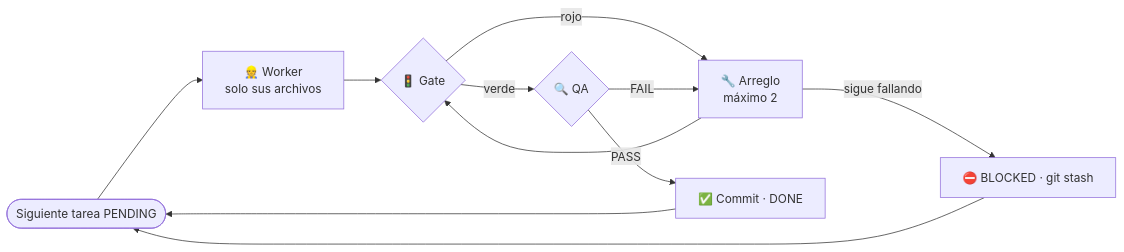
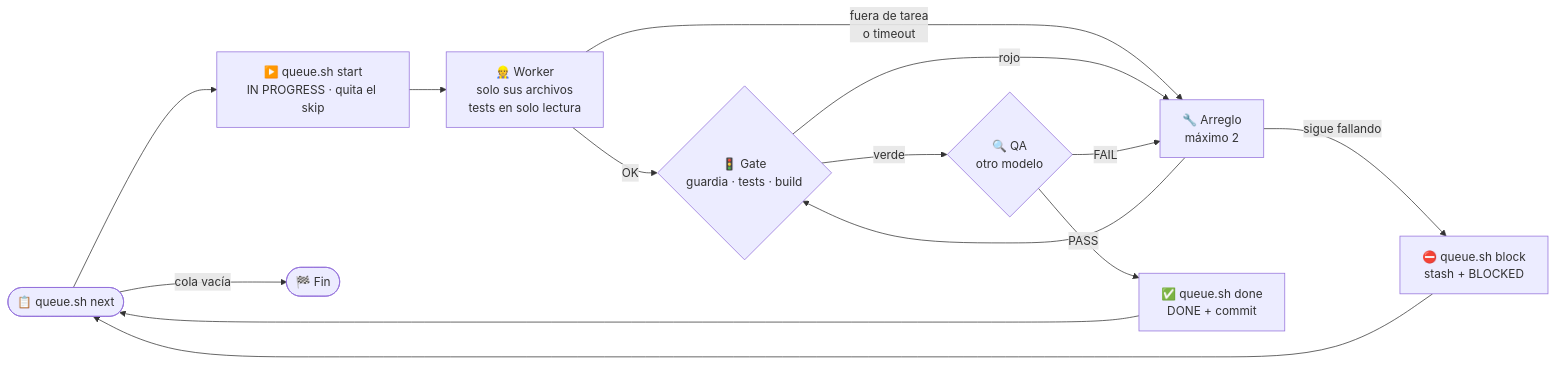
The second of 2 diagrams in README.es.md (Aresdgi/unattended-dev), drawn with Mermaid before and after one commit. The commit also changed other lines of this file and 1 other file, not shown here.

First line of the commit message:
README: per-task diagram and wording up to date with 8.4

````diff
--- a/README.es.md
+++ b/README.es.md
@@ -166,13 +168,16 @@
 ```mermaid
 flowchart LR
-  P(["Siguiente tarea PENDING"]) --> W["👷 Worker<br/>solo sus archivos"]
-  W --> G{"🚦 Gate"}
-  G -- verde --> Q{"🔍 QA"}
-  G -- rojo --> R["🔧 Arreglo<br/>máximo 2"]
+  N(["📋 queue.sh next"]) --> S["▶️ queue.sh start<br/>IN PROGRESS · quita el skip"]
+  S --> W["👷 Worker<br/>solo sus archivos<br/>tests en solo lectura"]
+  W -- OK --> G{"🚦 Gate<br/>guardia · tests · build"}
+  W -- "fuera de tarea<br/>o timeout" --> R["🔧 Arreglo<br/>máximo 2"]
+  G -- verde --> Q{"🔍 QA<br/>otro modelo"}
+  G -- rojo --> R
   Q -- FAIL --> R
   R --> G
-  Q -- PASS --> H["✅ Commit · DONE"]
-  R -- "sigue fallando" --> X["⛔ BLOCKED · git stash"]
-  H --> P
-  X --> P
+  Q -- PASS --> H["✅ queue.sh done<br/>DONE + commit"]
+  R -- "sigue fallando" --> X["⛔ queue.sh block<br/>stash + BLOCKED"]
+  H --> N
+  X --> N
+  N -- "cola vacía" --> F(["🏁 Fin"])
 ```
````
